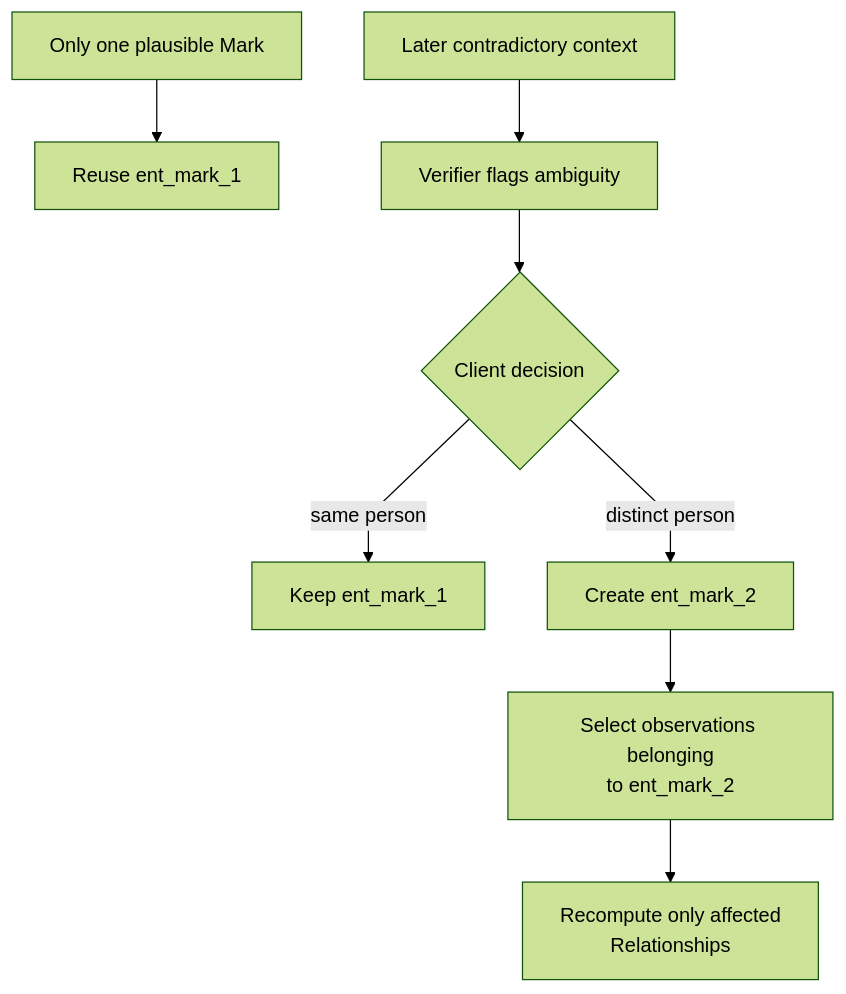
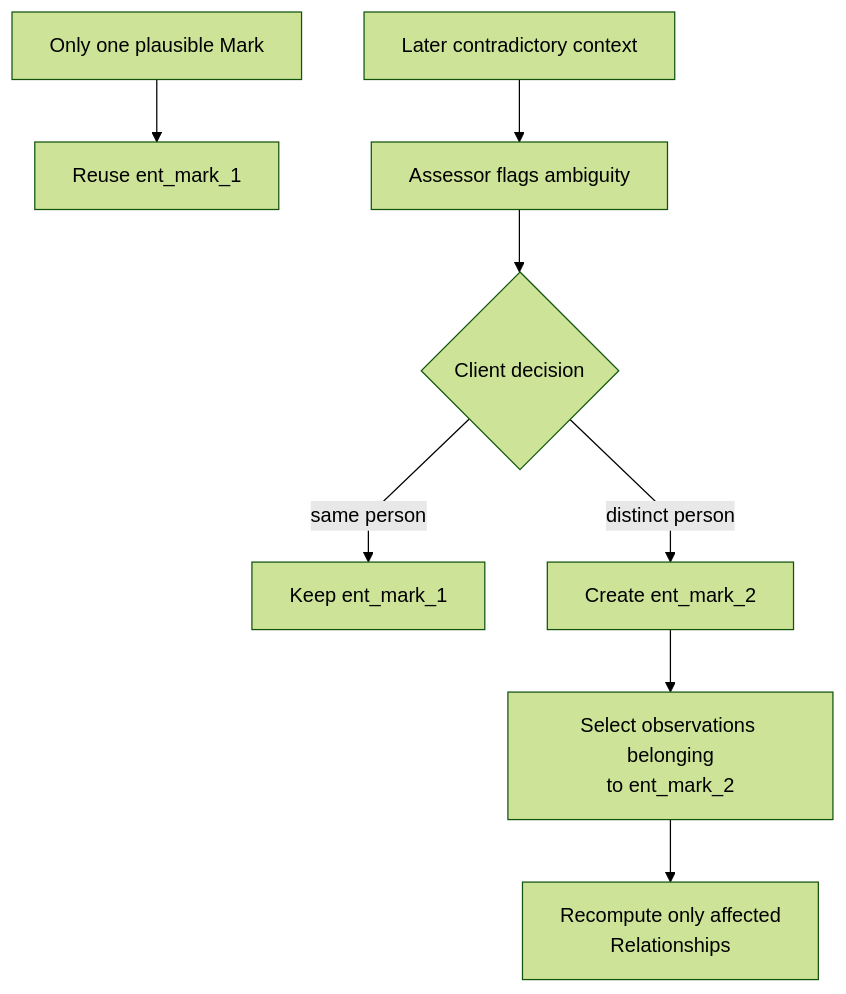
Before and after one commit to markhuangai/dense-mem: the fourth of 7 diagrams in Entity-Identity-And-Resolution.md, drawn with Mermaid (forest theme). The commit also changed other lines of this file and 24 other files, not shown here.

Commit message:
Document V2.4 one-call placement architecture

````diff
--- a/Entity-Identity-And-Resolution.md
+++ b/Entity-Identity-And-Resolution.md
@@ -213,11 +213,11 @@
 ```mermaid
 %%{init: {"flowchart": {"curve": "linear"}}}%%
 flowchart TD
   First["Only one plausible Mark"] --> Reuse["Reuse ent_mark_1"]
-  Later["Later contradictory context"] --> Flag["Verifier flags ambiguity"]
+  Later["Later contradictory context"] --> Flag["Assessor flags ambiguity"]
   Flag --> Client{"Client decision"}
   Client -- same person --> Keep["Keep ent_mark_1"]
   Client -- distinct person --> New["Create ent_mark_2"]
   New --> Select["Select observations belonging<br/>to ent_mark_2"]
   Select --> Rebuild["Recompute only affected<br/>Relationships"]
 ```
````
